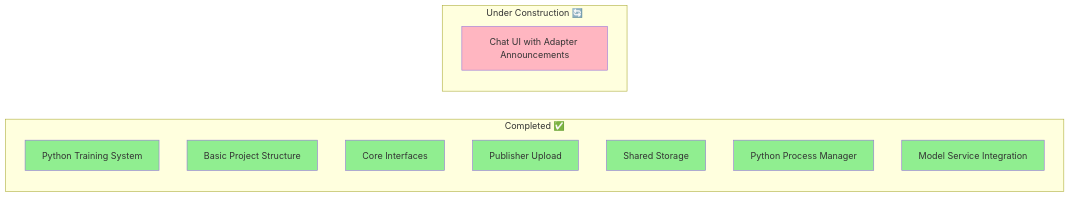
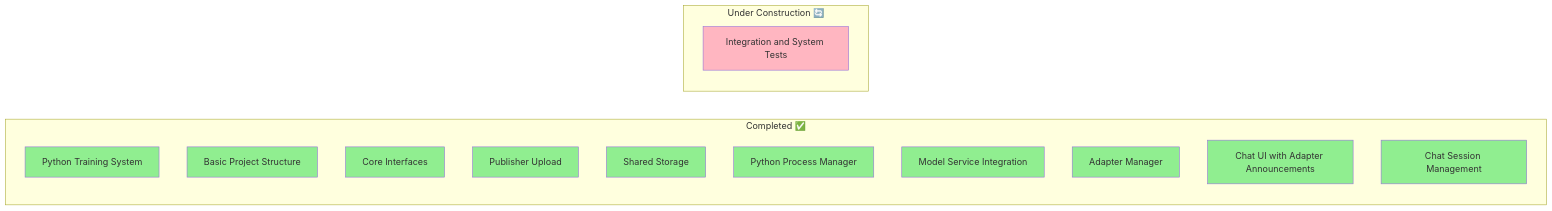
One commit to gsinghjay/LLMAdapterClient changed the third of 8 diagrams in STORY.md. Above: the diagram before and after it, drawn with Mermaid. The commit also changed other lines of this file, not shown here.

Commit message:
docs(story): update project narrative with completed Chat UI and Session components

````diff
--- a/STORY.md
+++ b/STORY.md
@@ -100,25 +102,31 @@
 ```mermaid
 graph LR
     subgraph "Completed ✅"
         A[Python Training System]
         B[Basic Project Structure]
         C[Core Interfaces]
         D[Publisher Upload]
         E[Shared Storage]
         F[Python Process Manager]
         G[Model Service Integration]
+        H[Adapter Manager]
+        I[Chat UI with Adapter Announcements]
+        J[Chat Session Management]
     end
     
     subgraph "Under Construction 🔄"
-        H[Chat UI with Adapter Announcements]
+        K[Integration and System Tests]
     end
     
     style A fill:#90EE90
     style B fill:#90EE90
     style C fill:#90EE90
     style D fill:#90EE90
     style E fill:#90EE90
     style F fill:#90EE90
     style G fill:#90EE90
-    style H fill:#FFB6C1
+    style H fill:#90EE90
+    style I fill:#90EE90
+    style J fill:#90EE90
+    style K fill:#FFB6C1
 ```
````
